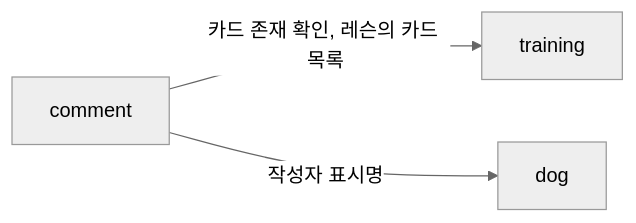
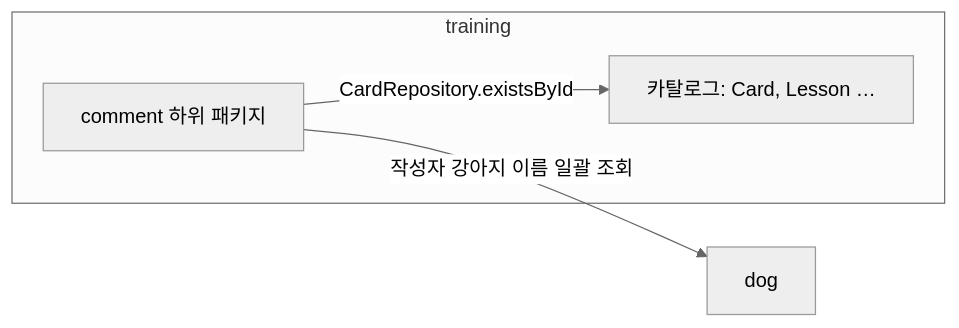
The first of 2 diagrams in docs/comment.md (DaeSaBu/meongcoach-BE), drawn with Mermaid (neutral theme) before and after one commit. The commit also changed other lines of this file and 2 other files, not shown here.

First line of the commit message:
docs(comment): 댓글을 training 모듈 하위 패키지로 두는 구조로 설계 변경

````diff
--- a/docs/comment.md
+++ b/docs/comment.md
@@ -24,5 +59,9 @@
 ```mermaid
 flowchart LR
-    comment -->|카드 존재 확인, 레슨의 카드 목록| training
-    comment -->|작성자 표시명| dog
+    subgraph training
+        catalog[카탈로그: Card, Lesson …]
+        comment[comment 하위 패키지]
+    end
+    comment -->|CardRepository.existsById| catalog
+    comment -->|작성자 강아지 이름 일괄 조회| dog
 ```
````
